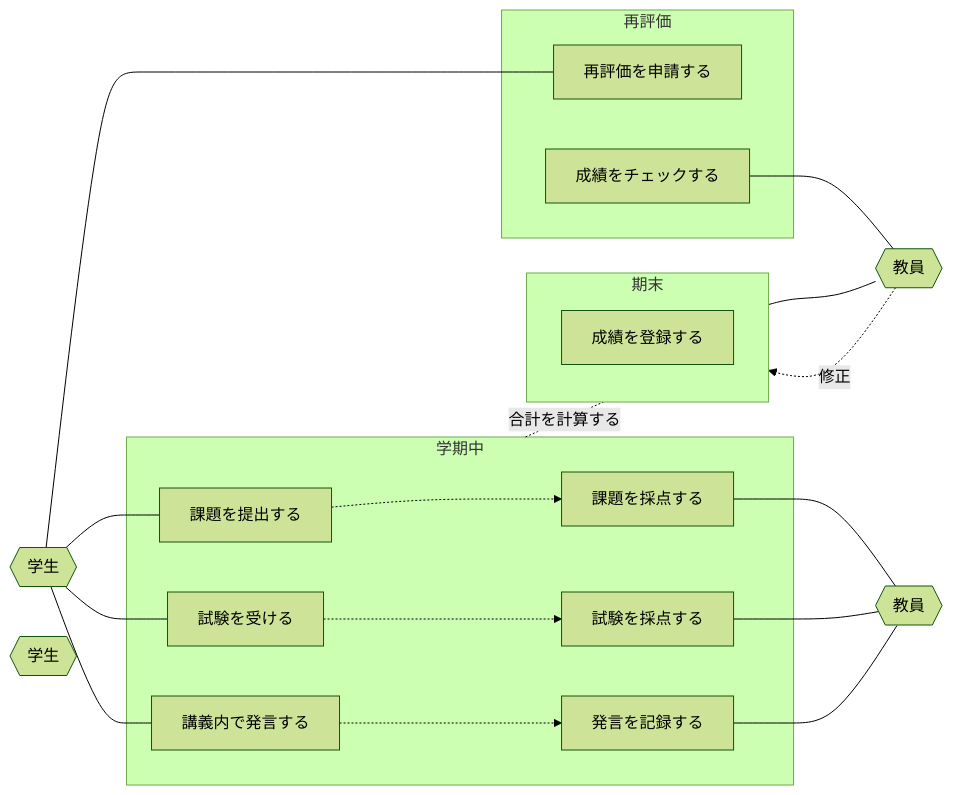
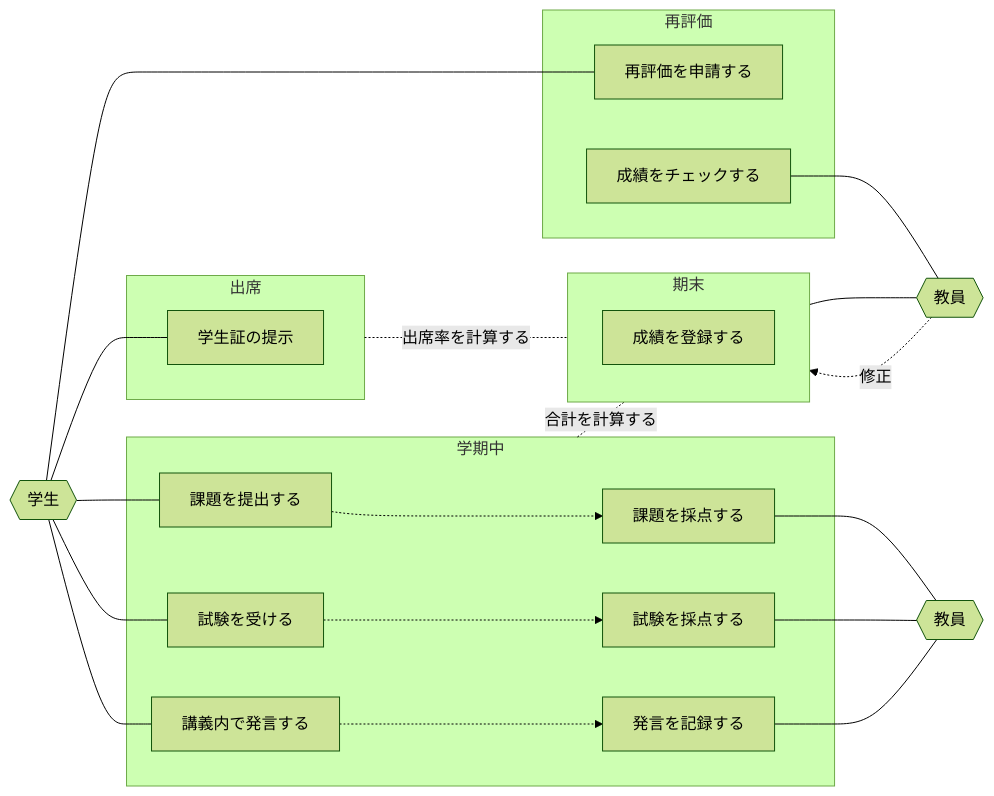
Before and after one commit to rrr-bit00/kougi: the diagram in zugagijutu/第3回/kadai.md, drawn with Mermaid (forest theme).

Commit message:
kadai_update

````diff
--- a/zugagijutu/第3回/kadai.md
+++ b/zugagijutu/第3回/kadai.md
@@ -1,49 +1,53 @@
 ```mermaid
 flowchart LR
 
 学生{{学生}}
-学生2{{学生}}
 教員{{教員}}
 教員2{{教員}}
 
 subgraph 学期中
 提出[課題を提出する]
 受ける[試験を受ける]
 発言[講義内で発言する]
  
 課題採点[課題を採点する]
 試験採点[試験を採点する]
 発言記録[発言を記録する]
 end
 
 subgraph 期末
 成績登録[成績を登録する]
 end
 
 subgraph 再評価
 申請[再評価を申請する]
 確認[成績をチェックする]
 end
 
+subgraph 出席
+学生証[学生証の提示]
+end
+
+学生 --- 学生証
+
 学生 --- 申請
 確認 --- 教員2
 教員2 -. 修正 .-> 期末 
 
 学生 --- 提出
 学生 --- 受ける
 学生 --- 発言
 
 課題採点 --- 教員
 試験採点 --- 教員
 発言記録 --- 教員
 
 提出 -.-> 課題採点
 受ける -.-> 試験採点
 発言 -.-> 発言記録
 
 学期中 -. 合計を計算する .- 期末
 期末 --- 教員2
 
-
-
+出席 -. 出席率を計算する .- 期末
 ```
````
